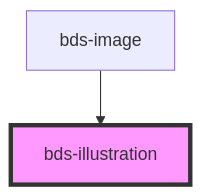
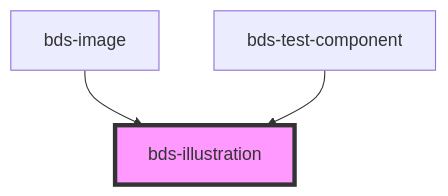
The diagram in src/components/illustration/readme.md (takenet/blip-ds), drawn with Mermaid before and after one commit. The commit also changed other lines of this file and 14 other files, not shown here.

````diff
--- a/src/components/illustration/readme.md
+++ b/src/components/illustration/readme.md
@@ -25,5 +26,6 @@
 ```mermaid
 graph TD;
   bds-image --> bds-illustration
+  bds-test-component --> bds-illustration
   style bds-illustration fill:#f9f,stroke:#333,stroke-width:4px
 ```
````
